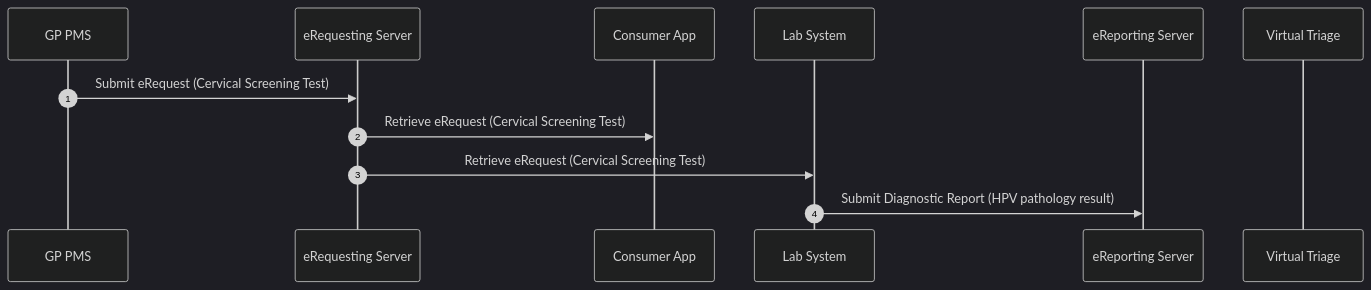
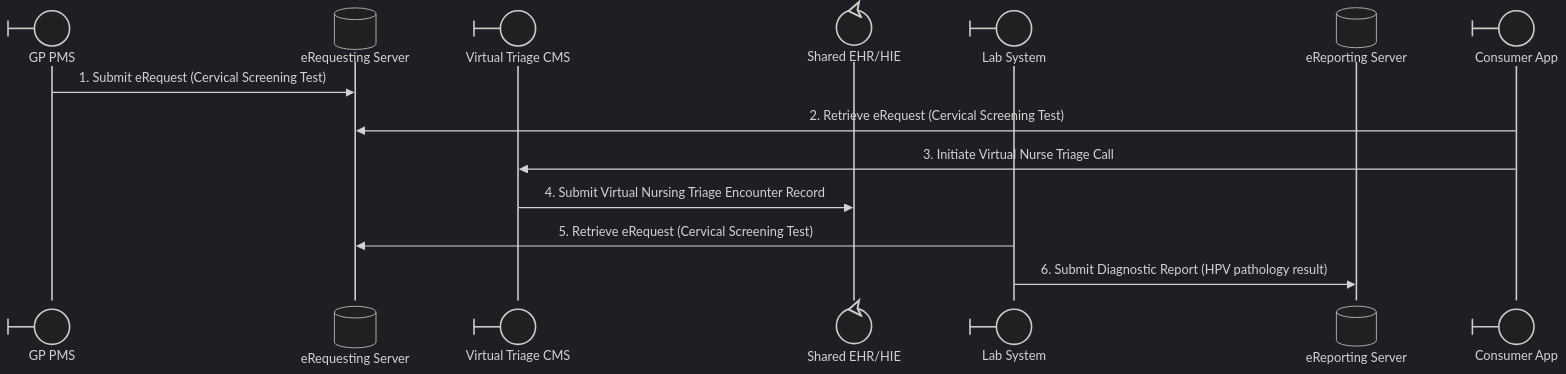
One commit to hl7au/au-fhir-test-data changed the first of 7 diagrams in au-fhir-test-data-set/connected-care/Alex Story Interactions.md. Above: the diagram before and after it, drawn with Mermaid (dark theme). The commit also changed other lines of this file, not shown here.

Commit message:
Updated Alex Story Interactions.md so diagrams read initiator→responder directly, with manual numbering, typed/described participants, and consistent naming.

````diff
--- a/au-fhir-test-data-set/connected-care/Alex Story Interactions.md
+++ b/au-fhir-test-data-set/connected-care/Alex Story Interactions.md
@@ -16,17 +35,19 @@
 ```mermaid
 sequenceDiagram
-    autonumber
-    participant PMS as GP PMS
-    participant ReqSvr as eRequesting Server
-    participant PatApp as Consumer App
-    participant Lab as Lab System
-    participant RptSvr as eReporting Server
-    participant VT as Virtual Triage
+    participant PMS@{ "type" : "boundary" } as GP PMS
+    participant ReqSvr@{ "type" : "database" } as eRequesting Server
+    participant VT@{ "type" : "boundary" } as Virtual Triage CMS
+    participant SEHR@{ "type" : "control" } as Shared EHR/HIE
+    participant Lab@{ "type" : "boundary" } as Lab System
+    participant RptSvr@{ "type" : "database" } as eReporting Server
+    participant PatApp@{ "type" : "boundary" } as Consumer App
     
-    PMS->>ReqSvr: Submit eRequest (Cervical Screening Test)
+    PMS->>ReqSvr: 1. Submit eRequest (Cervical Screening Test)
 
-    ReqSvr->>PatApp: Retrieve eRequest (Cervical Screening Test)
-    ReqSvr->>Lab: Retrieve eRequest (Cervical Screening Test)
-    Lab->>RptSvr: Submit Diagnostic Report (HPV pathology result)
+    PatApp->>ReqSvr: 2. Retrieve eRequest (Cervical Screening Test)
+    PatApp->>VT: 3. Initiate Virtual Nurse Triage Call    
+    VT->>SEHR: 4. Submit Virtual Nursing Triage Encounter Record
+    Lab->>ReqSvr: 5. Retrieve eRequest (Cervical Screening Test)
+    Lab->>RptSvr: 6. Submit Diagnostic Report (HPV pathology result)
     
 ```
````
